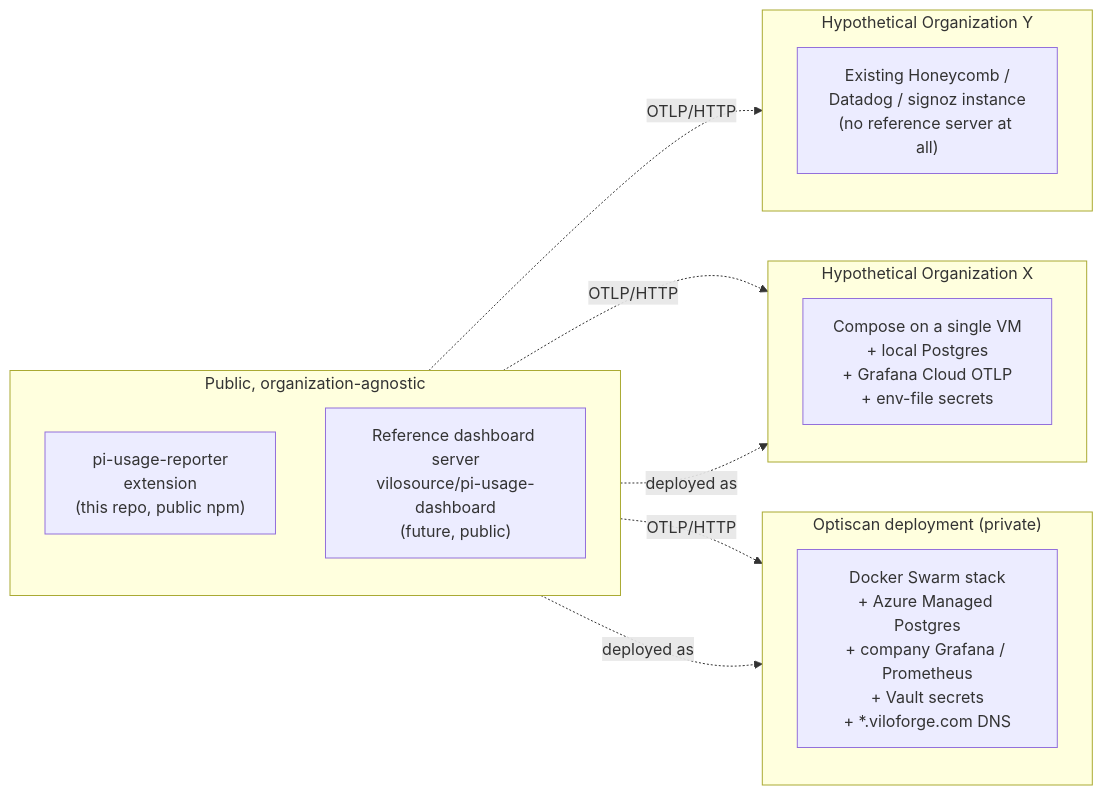
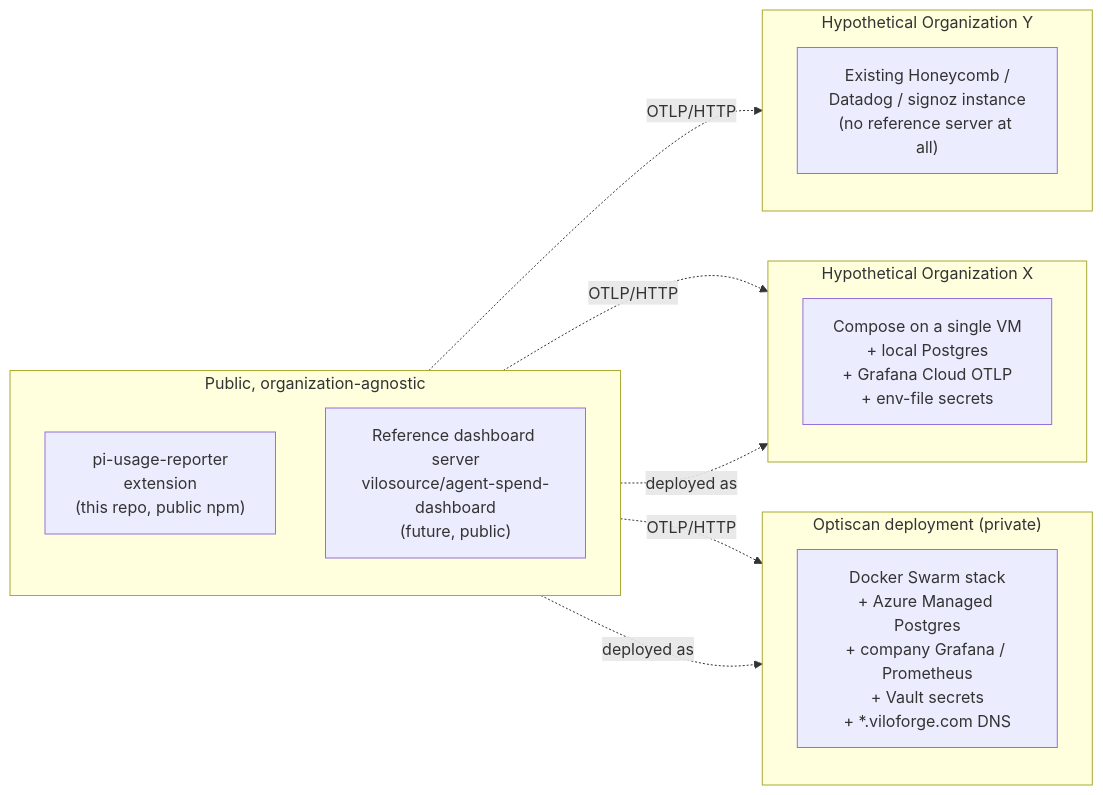
One commit to vilosource/pi-extensions changed the first of 2 diagrams in docs/strategy/scope-and-deployment-STRATEGY.md. Above: the diagram before and after it, drawn with Mermaid. The commit also changed other lines of this file and 6 other files, not shown here.

First line of the commit message:
docs: harness-agnostic rename — agent.* attributes, agent-spend-dashboard

````diff
--- a/docs/strategy/scope-and-deployment-STRATEGY.md
+++ b/docs/strategy/scope-and-deployment-STRATEGY.md
@@ -18,29 +18,29 @@
 ```mermaid
 flowchart LR
   subgraph public["Public, organization-agnostic"]
     direction TB
     ext["pi-usage-reporter<br/>extension<br/>(this repo, public npm)"]
-    refstack["Reference dashboard server<br/>vilosource/pi-usage-dashboard<br/>(future, public)"]
+    refstack["Reference dashboard server<br/>vilosource/agent-spend-dashboard<br/>(future, public)"]
   end
 
   subgraph optiscan["Optiscan deployment (private)"]
     direction TB
     swarm["Docker Swarm stack<br/>+ Azure Managed Postgres<br/>+ company Grafana / Prometheus<br/>+ Vault secrets<br/>+ *.viloforge.com DNS"]
   end
 
   subgraph orgx["Hypothetical Organization X"]
     direction TB
     other["Compose on a single VM<br/>+ local Postgres<br/>+ Grafana Cloud OTLP<br/>+ env-file secrets"]
   end
 
   subgraph orgy["Hypothetical Organization Y"]
     direction TB
     saas["Existing Honeycomb /<br/>Datadog / signoz instance<br/>(no reference server at all)"]
   end
 
   ext -.->|"OTLP/HTTP"| swarm
   ext -.->|"OTLP/HTTP"| other
   ext -.->|"OTLP/HTTP"| saas
   refstack -.->|deployed as| swarm
   refstack -.->|deployed as| other
 ```
````
